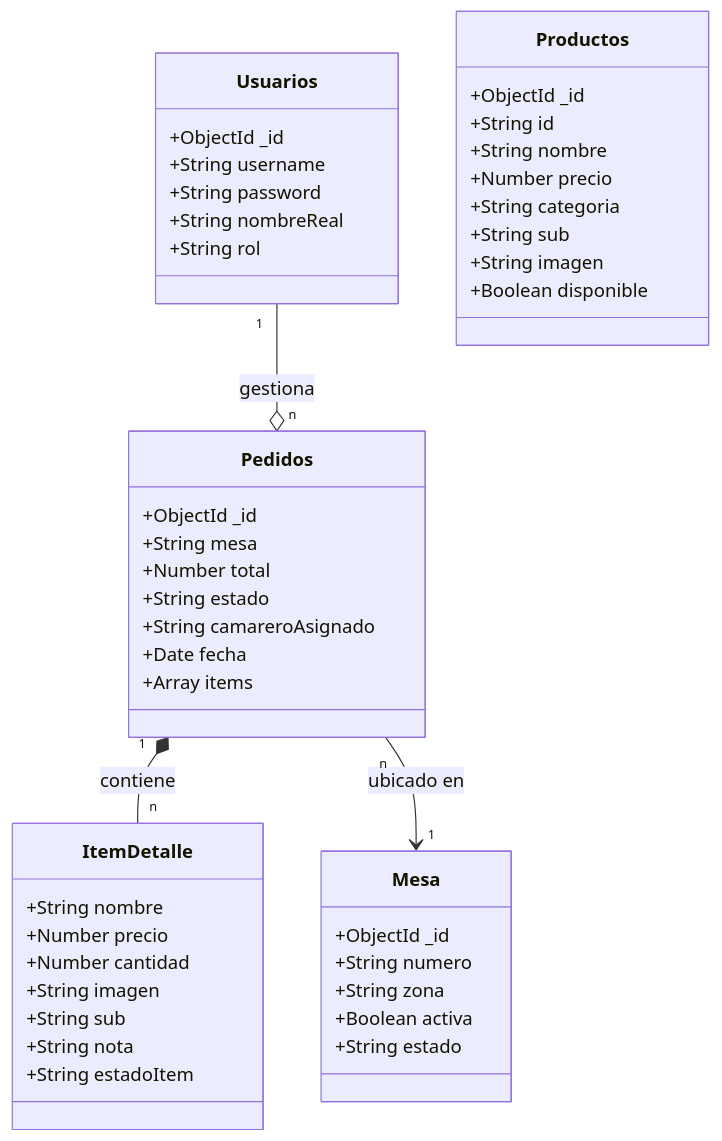
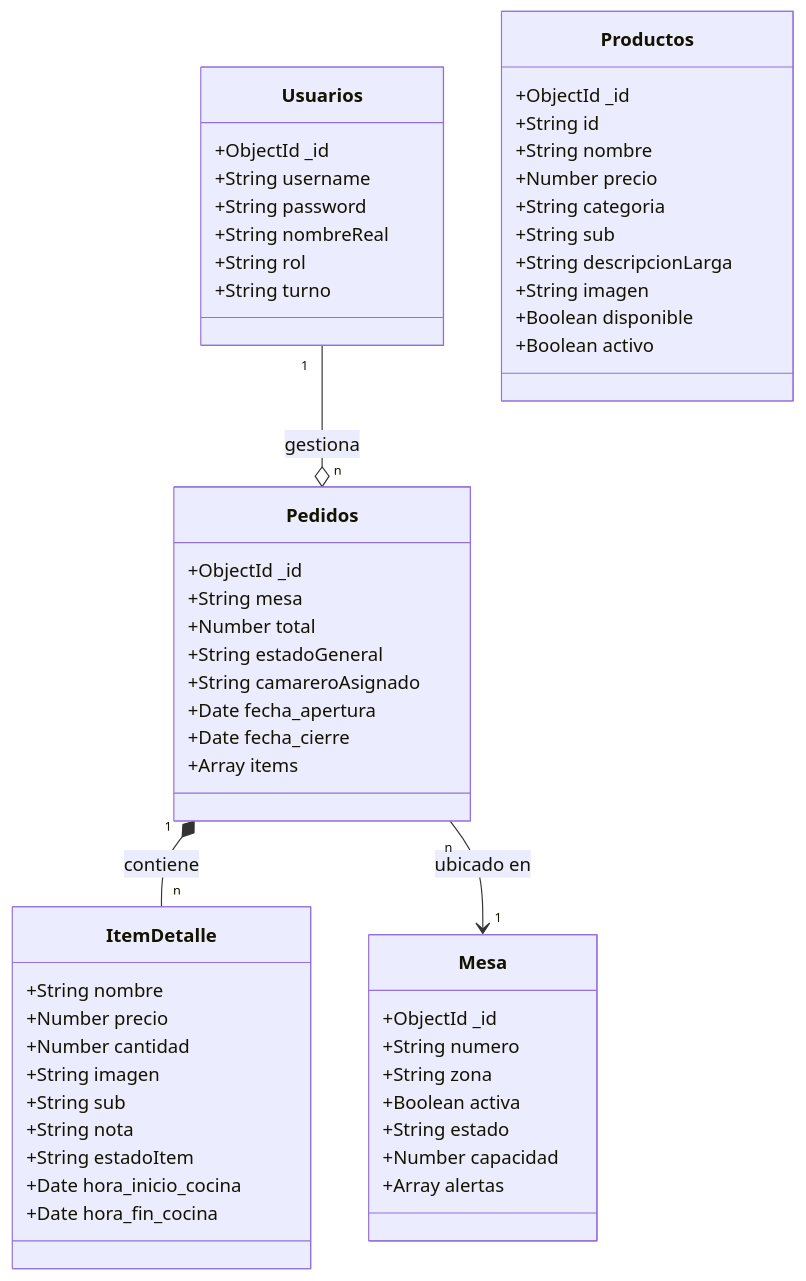
Before and after one commit to EMAXSS05/SaleroBeach: the diagram in doc/templates/3_deseño.md, drawn with Mermaid. The commit also changed other lines of this file, not shown here.

Commit message:
subido deseño.md

````diff
--- a/doc/templates/3_deseño.md
+++ b/doc/templates/3_deseño.md
@@ -7,55 +7,62 @@
 ```mermaid
 classDiagram
     class Usuarios {
         +ObjectId _id
         +String username
         +String password
         +String nombreReal
         +String rol
+        +String turno
     }
 
     class Productos {
         +ObjectId _id
         +String id
         +String nombre
         +Number precio
         +String categoria
         +String sub
+        +String descripcionLarga
         +String imagen
         +Boolean disponible
+        +Boolean activo
     }
 
     class Pedidos {
         +ObjectId _id
         +String mesa
         +Number total
-        +String estado
+        +String estadoGeneral
         +String camareroAsignado
-        +Date fecha
+        +Date fecha_apertura
+        +Date fecha_cierre
         +Array items
     }
 
     class ItemDetalle {
         +String nombre
         +Number precio
         +Number cantidad
         +String imagen
         +String sub
         +String nota
         +String estadoItem
+        +Date hora_inicio_cocina
+        +Date hora_fin_cocina
     }
 
     class Mesa {
         +ObjectId _id
         +String numero
         +String zona
         +Boolean activa
         +String estado
+        +Number capacidad
+        +Array alertas
     }
 
     %% Relaciones
     Pedidos "1" *-- "n" ItemDetalle : contiene
     Usuarios "1" --o "n" Pedidos : gestiona
     Pedidos "n" --> "1" Mesa : ubicado en
-
 ```
````
